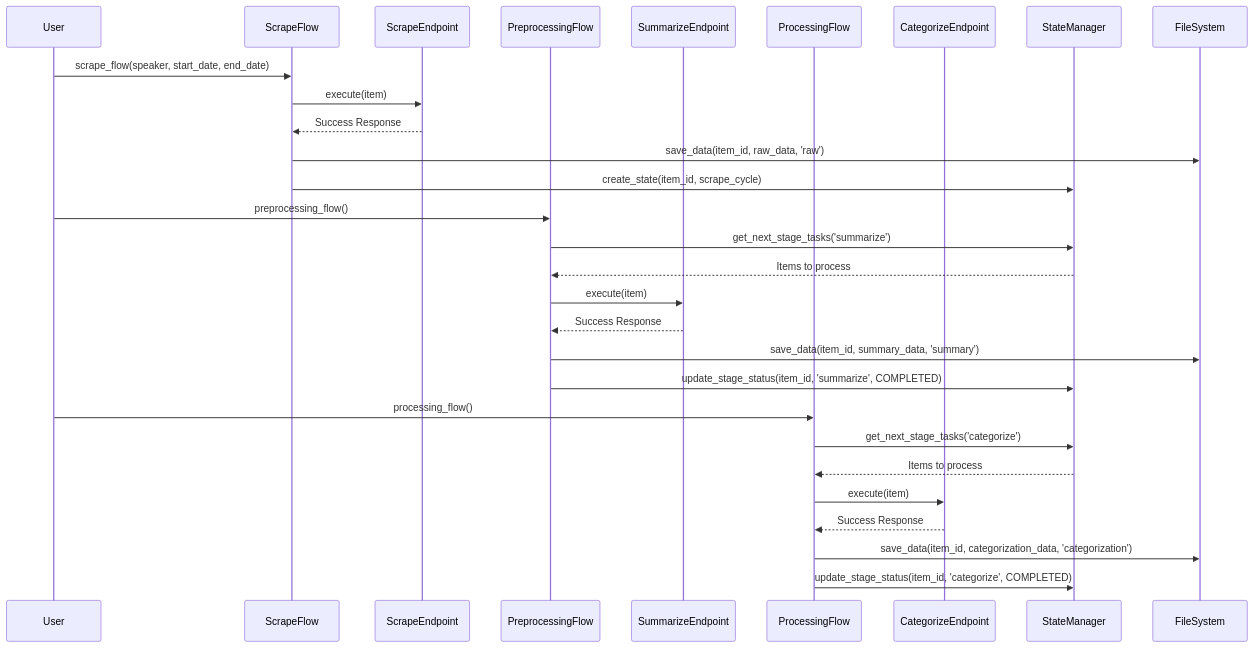
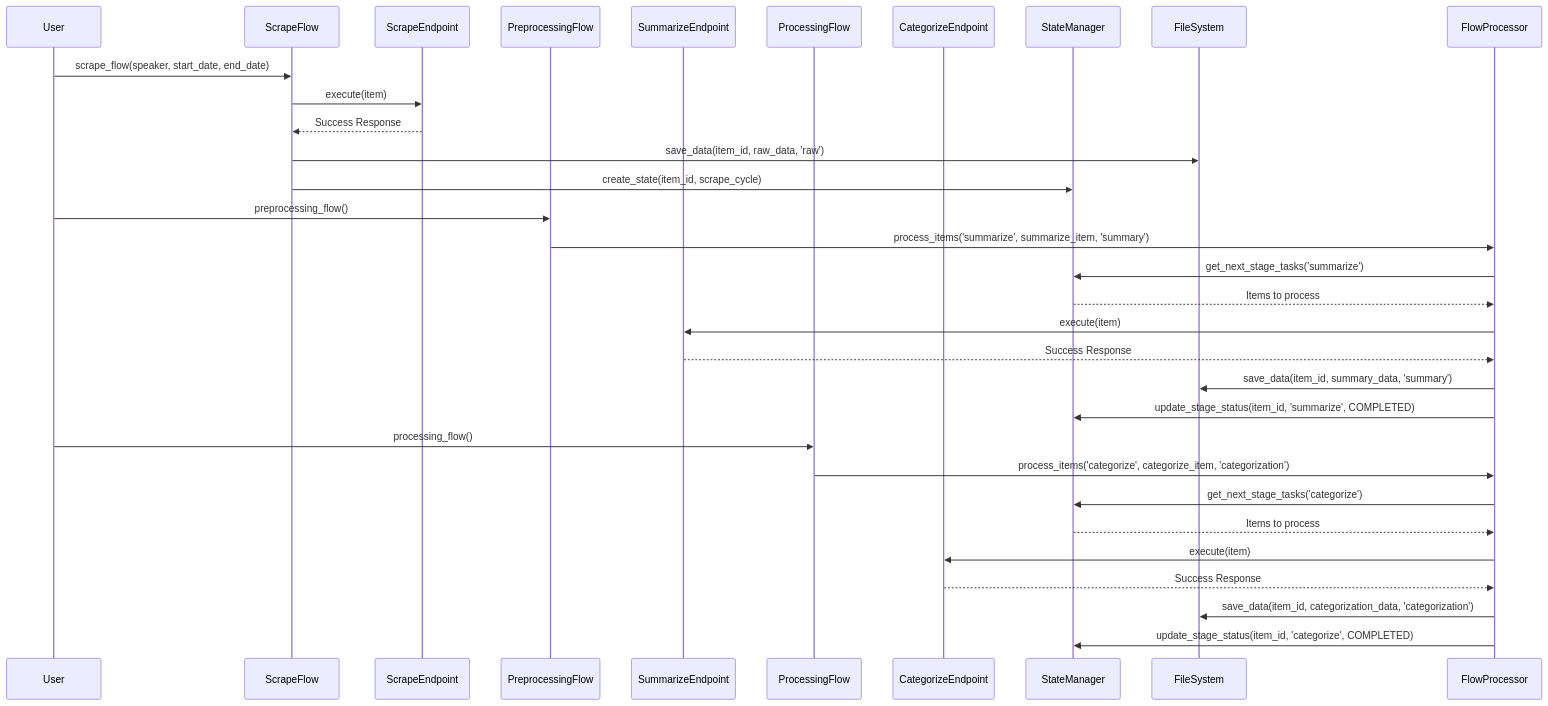
One commit to dmitriyratu/DiscourseKG changed the seventh of 8 diagrams in documentation/architecture.md. Above: the diagram before and after it, drawn with Mermaid. The commit also changed other lines of this file, not shown here.

First line of the commit message:
refactor: enhance architecture documentation and flow processing

````diff
--- a/documentation/architecture.md
+++ b/documentation/architecture.md
@@ -314,34 +356,36 @@
 ```mermaid
 sequenceDiagram
     participant User
     participant ScrapeFlow
     participant ScrapeEndpoint
     participant PreprocessingFlow
     participant SummarizeEndpoint
     participant ProcessingFlow
     participant CategorizeEndpoint
     participant StateManager
     participant FileSystem
     
     User->>ScrapeFlow: scrape_flow(speaker, start_date, end_date)
     ScrapeFlow->>ScrapeEndpoint: execute(item)
     ScrapeEndpoint-->>ScrapeFlow: Success Response
     ScrapeFlow->>FileSystem: save_data(item_id, raw_data, 'raw')
     ScrapeFlow->>StateManager: create_state(item_id, scrape_cycle)
     
     User->>PreprocessingFlow: preprocessing_flow()
-    PreprocessingFlow->>StateManager: get_next_stage_tasks('summarize')
-    StateManager-->>PreprocessingFlow: Items to process
-    PreprocessingFlow->>SummarizeEndpoint: execute(item)
-    SummarizeEndpoint-->>PreprocessingFlow: Success Response
-    PreprocessingFlow->>FileSystem: save_data(item_id, summary_data, 'summary')
-    PreprocessingFlow->>StateManager: update_stage_status(item_id, 'summarize', COMPLETED)
+    PreprocessingFlow->>FlowProcessor: process_items('summarize', summarize_item, 'summary')
+    FlowProcessor->>StateManager: get_next_stage_tasks('summarize')
+    StateManager-->>FlowProcessor: Items to process
+    FlowProcessor->>SummarizeEndpoint: execute(item)
+    SummarizeEndpoint-->>FlowProcessor: Success Response
+    FlowProcessor->>FileSystem: save_data(item_id, summary_data, 'summary')
+    FlowProcessor->>StateManager: update_stage_status(item_id, 'summarize', COMPLETED)
     
     User->>ProcessingFlow: processing_flow()
-    ProcessingFlow->>StateManager: get_next_stage_tasks('categorize')
-    StateManager-->>ProcessingFlow: Items to process
-    ProcessingFlow->>CategorizeEndpoint: execute(item)
-    CategorizeEndpoint-->>ProcessingFlow: Success Response
-    ProcessingFlow->>FileSystem: save_data(item_id, categorization_data, 'categorization')
-    ProcessingFlow->>StateManager: update_stage_status(item_id, 'categorize', COMPLETED)
+    ProcessingFlow->>FlowProcessor: process_items('categorize', categorize_item, 'categorization')
+    FlowProcessor->>StateManager: get_next_stage_tasks('categorize')
+    StateManager-->>FlowProcessor: Items to process
+    FlowProcessor->>CategorizeEndpoint: execute(item)
+    CategorizeEndpoint-->>FlowProcessor: Success Response
+    FlowProcessor->>FileSystem: save_data(item_id, categorization_data, 'categorization')
+    FlowProcessor->>StateManager: update_stage_status(item_id, 'categorize', COMPLETED)
 ```
````
